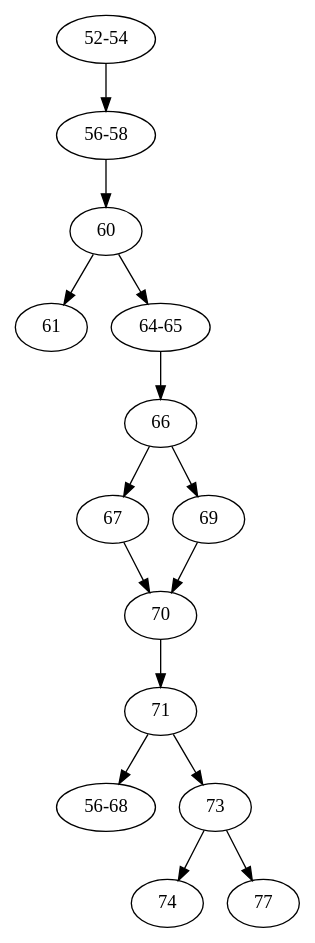
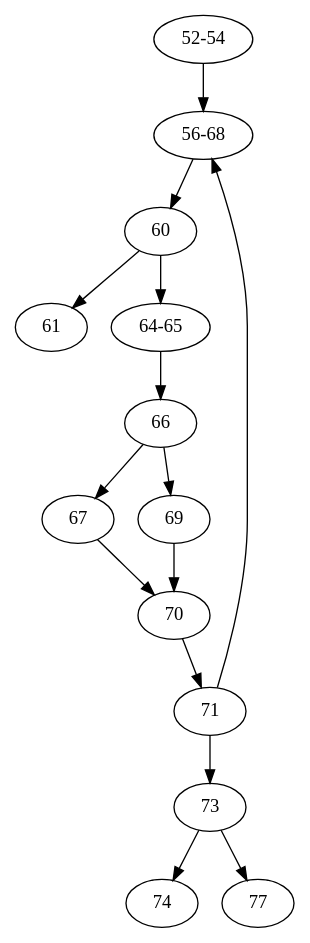
One commit to Arunscape/ECE322 changed the diagram in lab/lab4/report/controlflow.dot. Above: the diagram before and after it, drawn with Graphviz. The commit also changed 5 other files, not shown here.

```diff
--- a/lab/lab4/report/controlflow.dot
+++ b/lab/lab4/report/controlflow.dot
@@ -1,12 +1,13 @@
-digraph G {
-    rankdir=TB;
-    "52-54"->"56-58";
-    "56-58"->60;
-    60->61;
-    60->"64-65"->66;
-    66->67->70;
-    66->69->70;
-    70->71->"56-68";
-    71->73->74;
-    73->77;
+digraph controlflow {
+rankdir=TB;
+idk [label = "56-68"];
+"52-54"->idk;
+70->71->idk;
+idk->60;
+60->61;
+60->"64-65"->66;
+66->67->70;
+66->69->70;
+71->73->74;
+73->77;
 }
```
